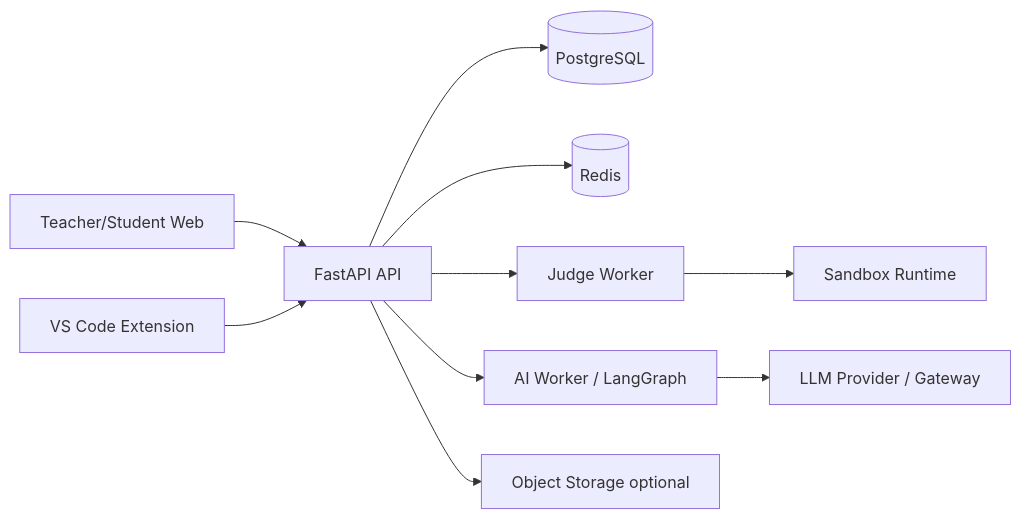
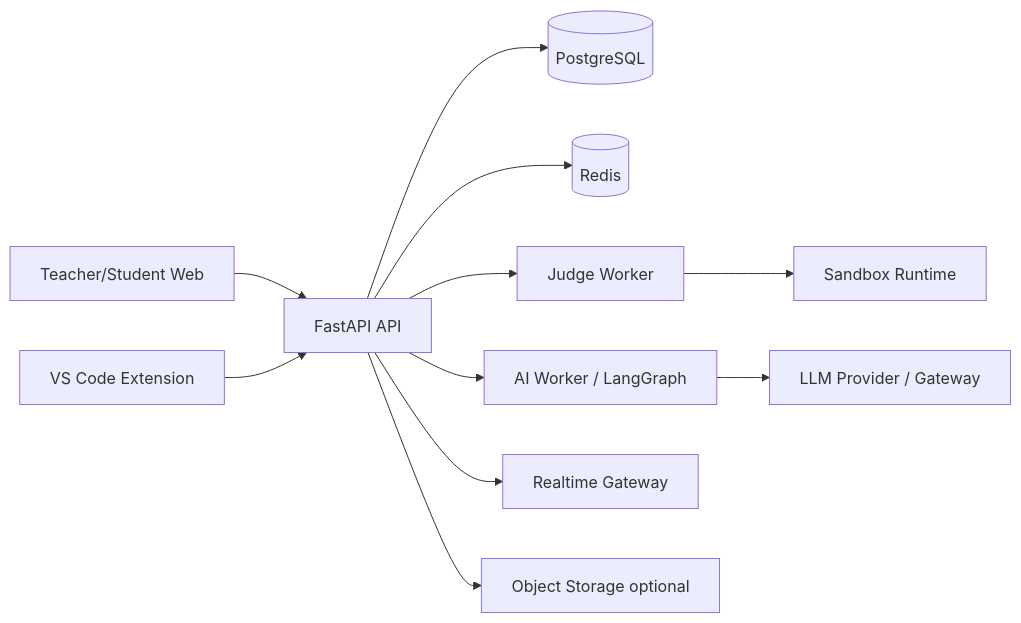
Before and after one commit to nguyenthanhduc0901/gen_data_finetune: the diagram in deployment.md, drawn with Mermaid. The commit also changed other lines of this file and 14 other files, not shown here.

````diff
--- a/deployment.md
+++ b/deployment.md
@@ -10,12 +10,13 @@
 ```mermaid
 flowchart LR
     Web["Teacher/Student Web"] --> API["FastAPI API"]
     Ext["VS Code Extension"] --> API
     API --> DB[("PostgreSQL")]
     API --> Redis[("Redis")]
     API --> Judge["Judge Worker"]
     API --> AI["AI Worker / LangGraph"]
+    API --> Realtime["Realtime Gateway"]
     AI --> LLM["LLM Provider / Gateway"]
     Judge --> Docker["Sandbox Runtime"]
     API --> Obj["Object Storage optional"]
 ```
````
